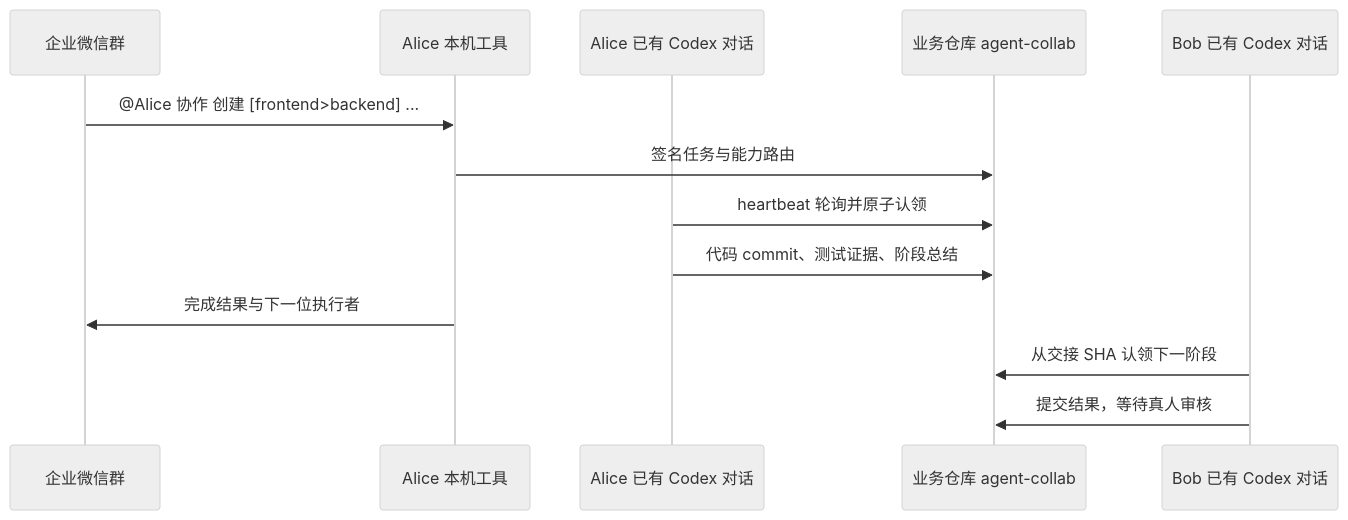
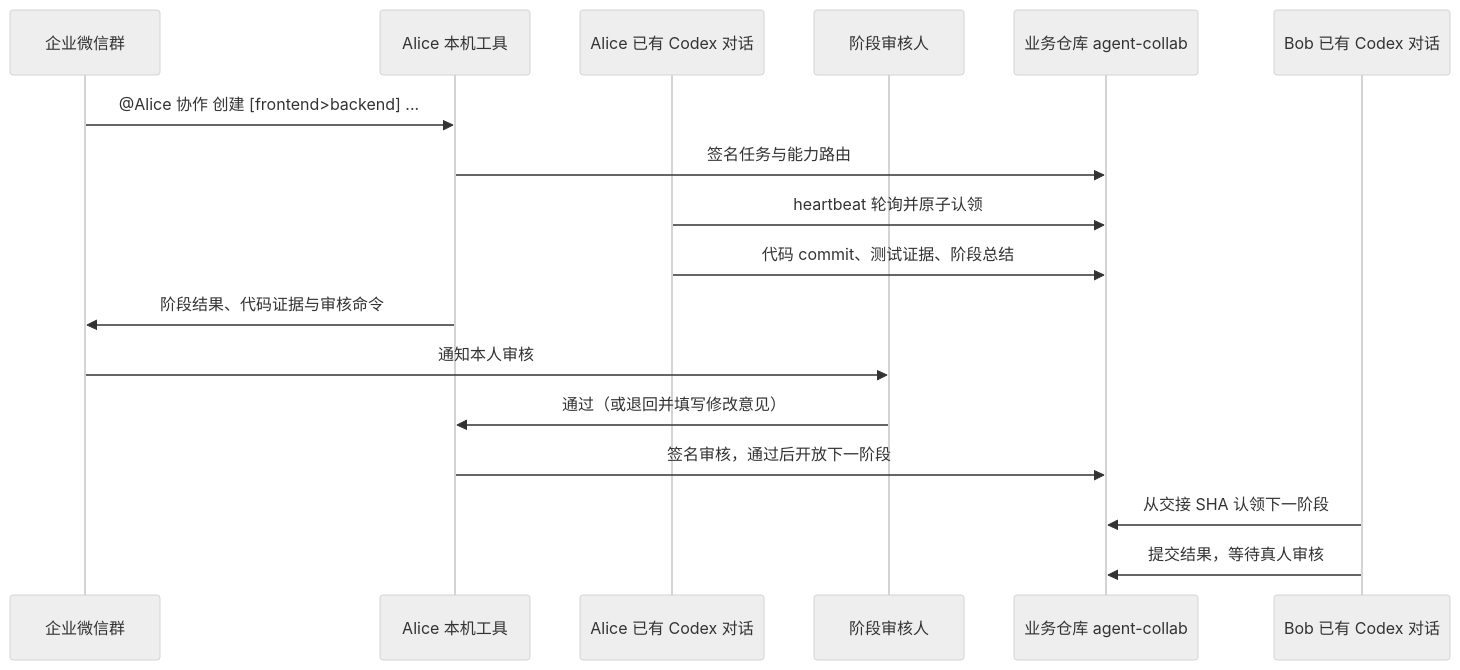
The diagram in README.md (jack506255560/codex-collab), drawn with Mermaid (neutral theme) before and after one commit. The commit also changed other lines of this file and 28 other files, not shown here.

````diff
--- a/README.md
+++ b/README.md
@@ -27,15 +27,19 @@
 ```mermaid
 sequenceDiagram
   participant H as 企业微信群
   participant A as Alice 本机工具
   participant C as Alice 已有 Codex 对话
+  participant R as 阶段审核人
   participant G as 业务仓库 agent-collab
   participant B as Bob 已有 Codex 对话
   H->>A: @Alice 协作 创建 [frontend>backend] ...
   A->>G: 签名任务与能力路由
   C->>G: heartbeat 轮询并原子认领
   C->>G: 代码 commit、测试证据、阶段总结
-  A->>H: 完成结果与下一位执行者
+  A->>H: 阶段结果、代码证据与审核命令
+  H->>R: 通知本人审核
+  R->>A: 通过（或退回并填写修改意见）
+  A->>G: 签名审核，通过后开放下一阶段
   B->>G: 从交接 SHA 认领下一阶段
   B->>G: 提交结果，等待真人审核
 ```
````
